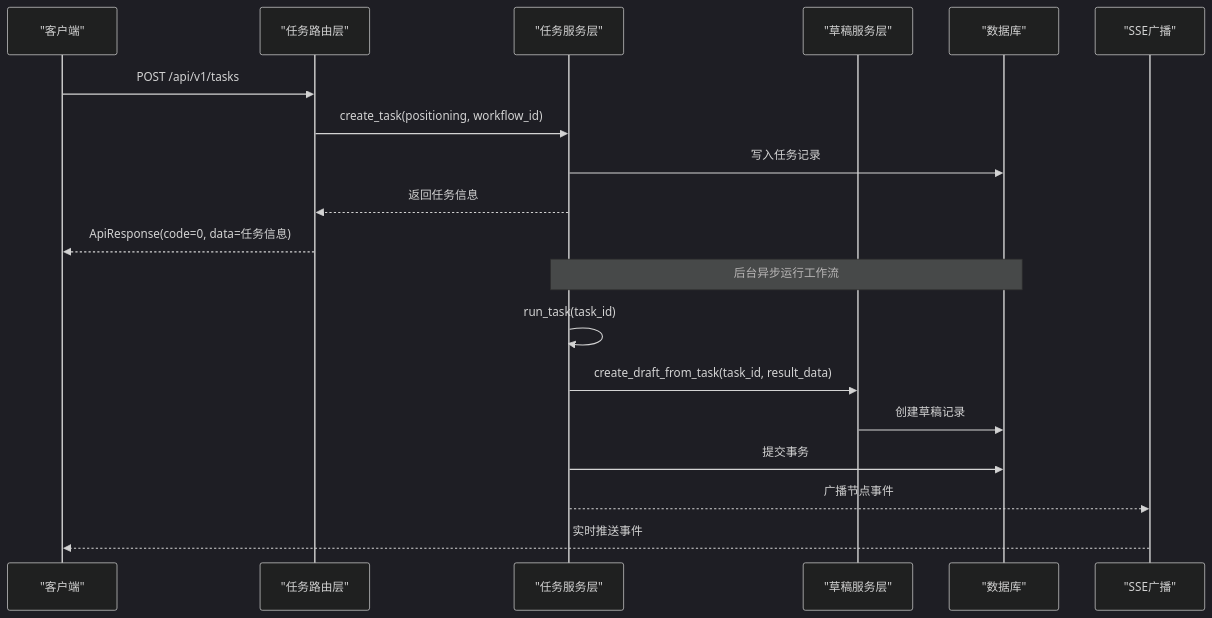
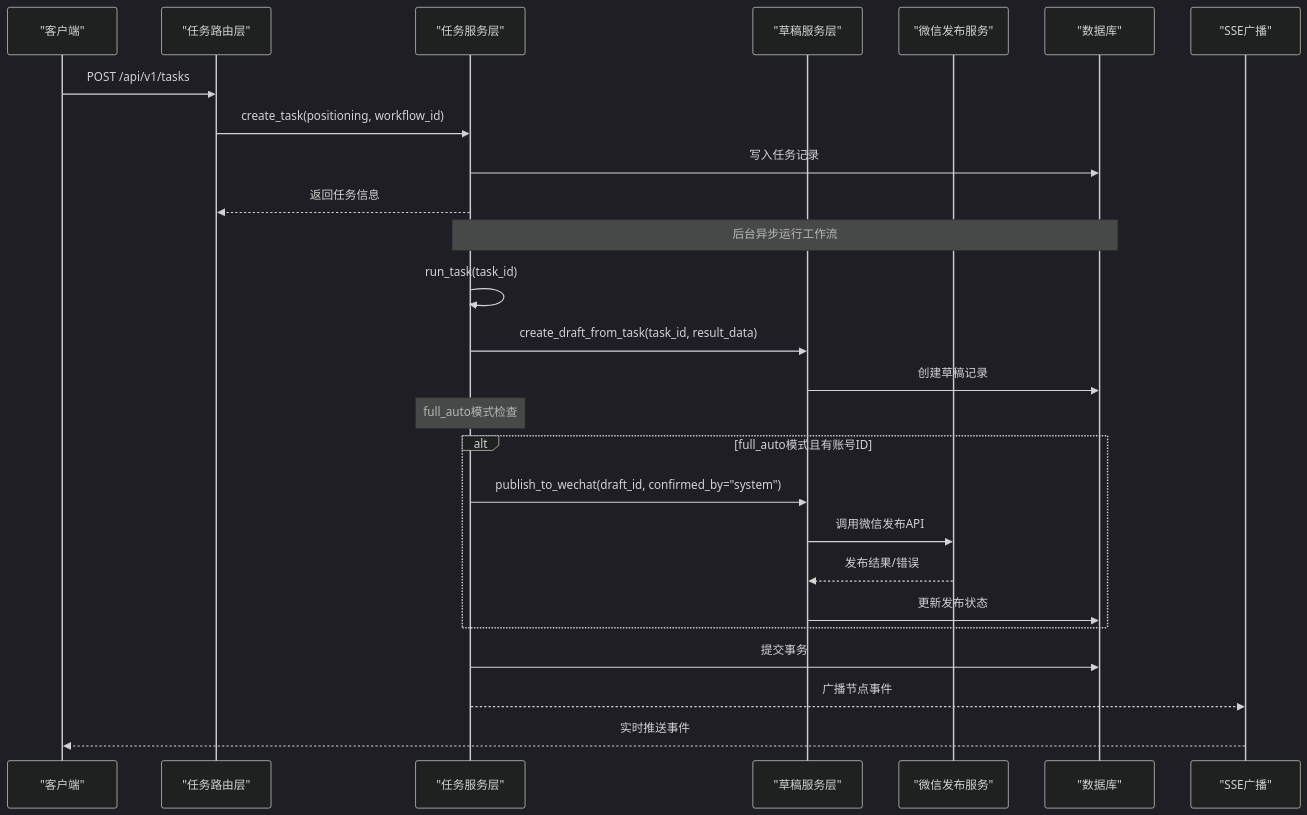
The second of 7 diagrams in .qoder/repowiki/zh/content/API接口文档/任务管理API.md (sansansansansan2022-web/hotclaw), drawn with Mermaid (dark theme) before and after one commit. The commit also changed other lines of this file and 860 other files, not shown here.

````diff
--- a/.qoder/repowiki/zh/content/API接口文档/任务管理API.md
+++ b/.qoder/repowiki/zh/content/API接口文档/任务管理API.md
@@ -116,21 +123,28 @@
 ```mermaid
 sequenceDiagram
 participant Client as "客户端"
 participant TaskRouter as "任务路由层"
 participant TaskService as "任务服务层"
 participant DraftService as "草稿服务层"
+participant WeChatService as "微信发布服务"
 participant DB as "数据库"
 participant SSE as "SSE广播"
 Client->>TaskRouter : POST /api/v1/tasks
 TaskRouter->>TaskService : create_task(positioning, workflow_id)
 TaskService->>DB : 写入任务记录
 TaskService-->>TaskRouter : 返回任务信息
-TaskRouter-->>Client : ApiResponse(code=0, data=任务信息)
 Note over TaskService,DB : 后台异步运行工作流
 TaskService->>TaskService : run_task(task_id)
 TaskService->>DraftService : create_draft_from_task(task_id, result_data)
 DraftService->>DB : 创建草稿记录
+Note over TaskService : full_auto模式检查
+alt full_auto模式且有账号ID
+TaskService->>DraftService : publish_to_wechat(draft_id, confirmed_by="system")
+DraftService->>WeChatService : 调用微信发布API
+WeChatService-->>DraftService : 发布结果/错误
+DraftService->>DB : 更新发布状态
+end
 TaskService->>DB : 提交事务
 TaskService-->>SSE : 广播节点事件
 SSE-->>Client : 实时推送事件
 ```
````
